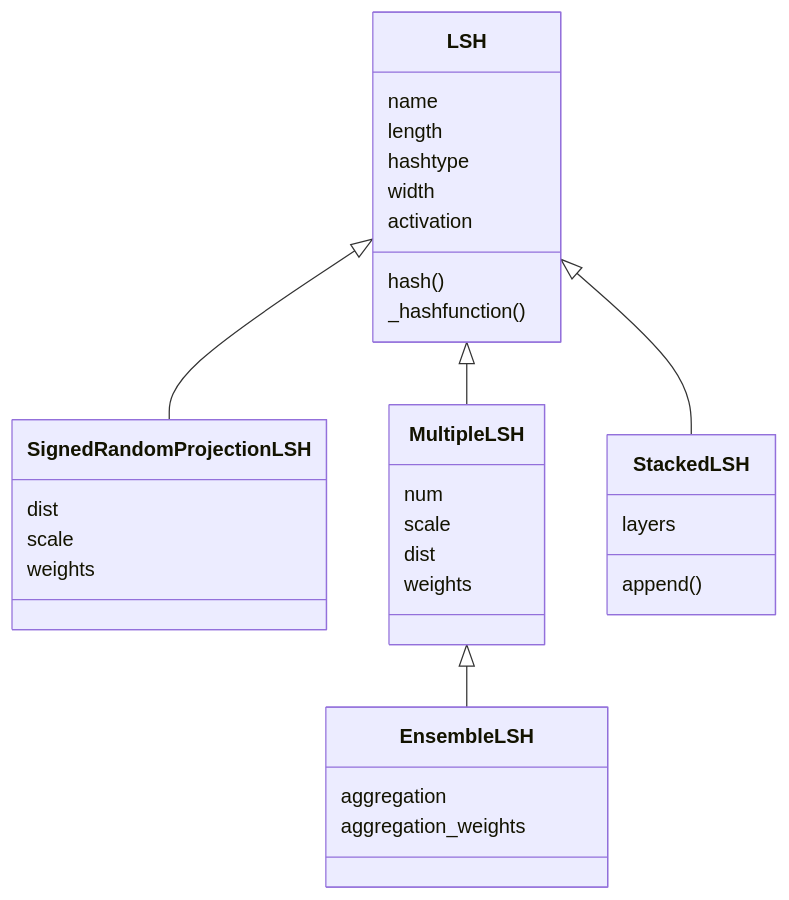
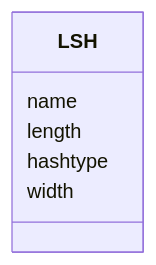
One commit to petroniocandido/ts_lsh changed the second of 2 diagrams in README.md. Above: the diagram before and after it, drawn with Mermaid.

````diff
--- a/README.md
+++ b/README.md
@@ -20,25 +20,7 @@
 ```mermaid
 classDiagram
-    LSH : name
-    LSH : length
-    LSH : hashtype
-    LSH : width
-    LSH : activation
-    LSH : hash()
-    LSH : _hashfunction()
-    LSH <|-- SignedRandomProjectionLSH
-    SignedRandomProjectionLSH : dist
-    SignedRandomProjectionLSH : scale
-    SignedRandomProjectionLSH : weights
-    LSH <|-- MultipleLSH
-    MultipleLSH : num
-    MultipleLSH : scale
-    MultipleLSH : dist
-    MultipleLSH : weights
-    MultipleLSH <|-- EnsembleLSH
-    EnsembleLSH : aggregation
-    EnsembleLSH : aggregation_weights
-    LSH <|-- StackedLSH
-    StackedLSH : layers
-    StackedLSH : append()
+    LSH: name
+    LSH: length
+    LSH: hashtype
+    LSH: width
 ```
````
